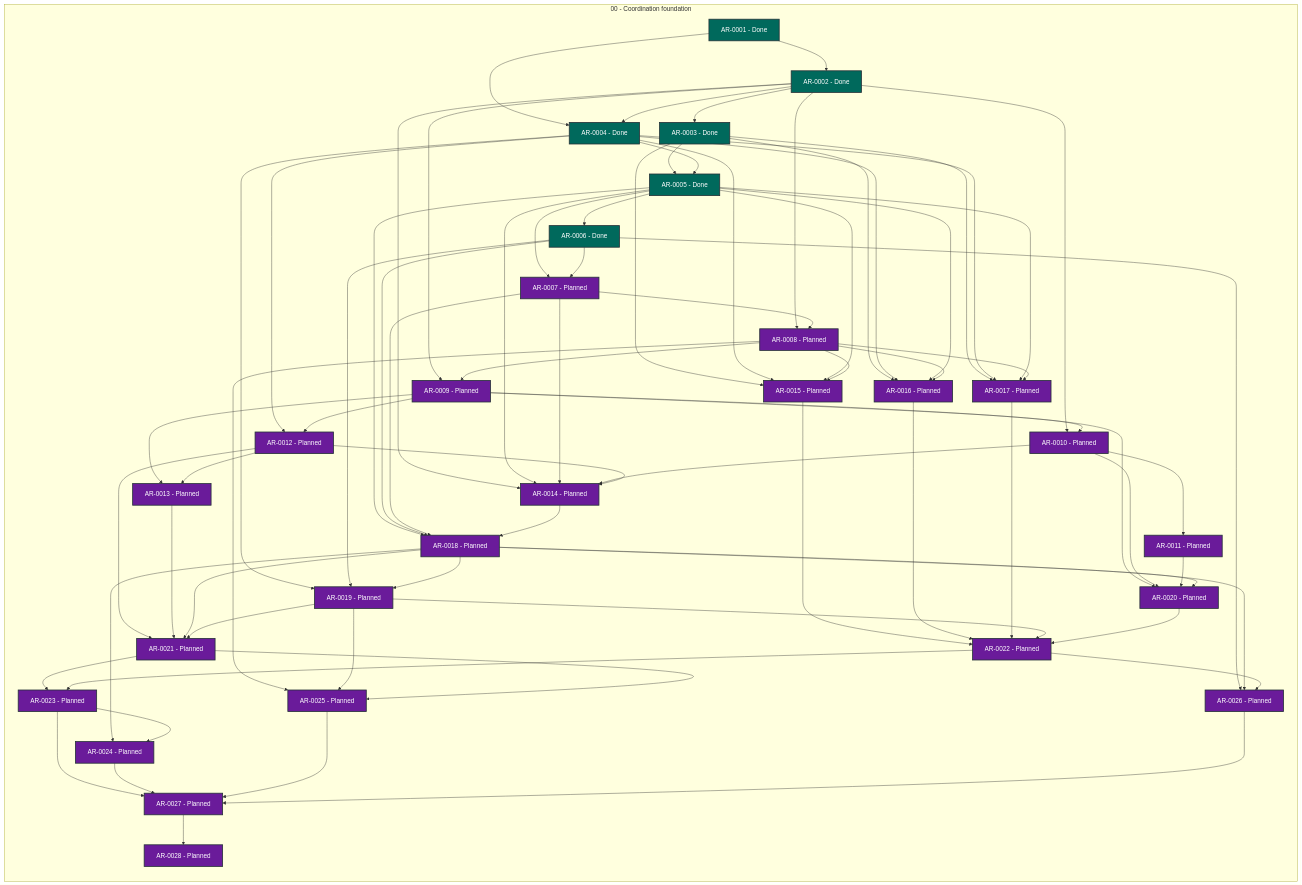
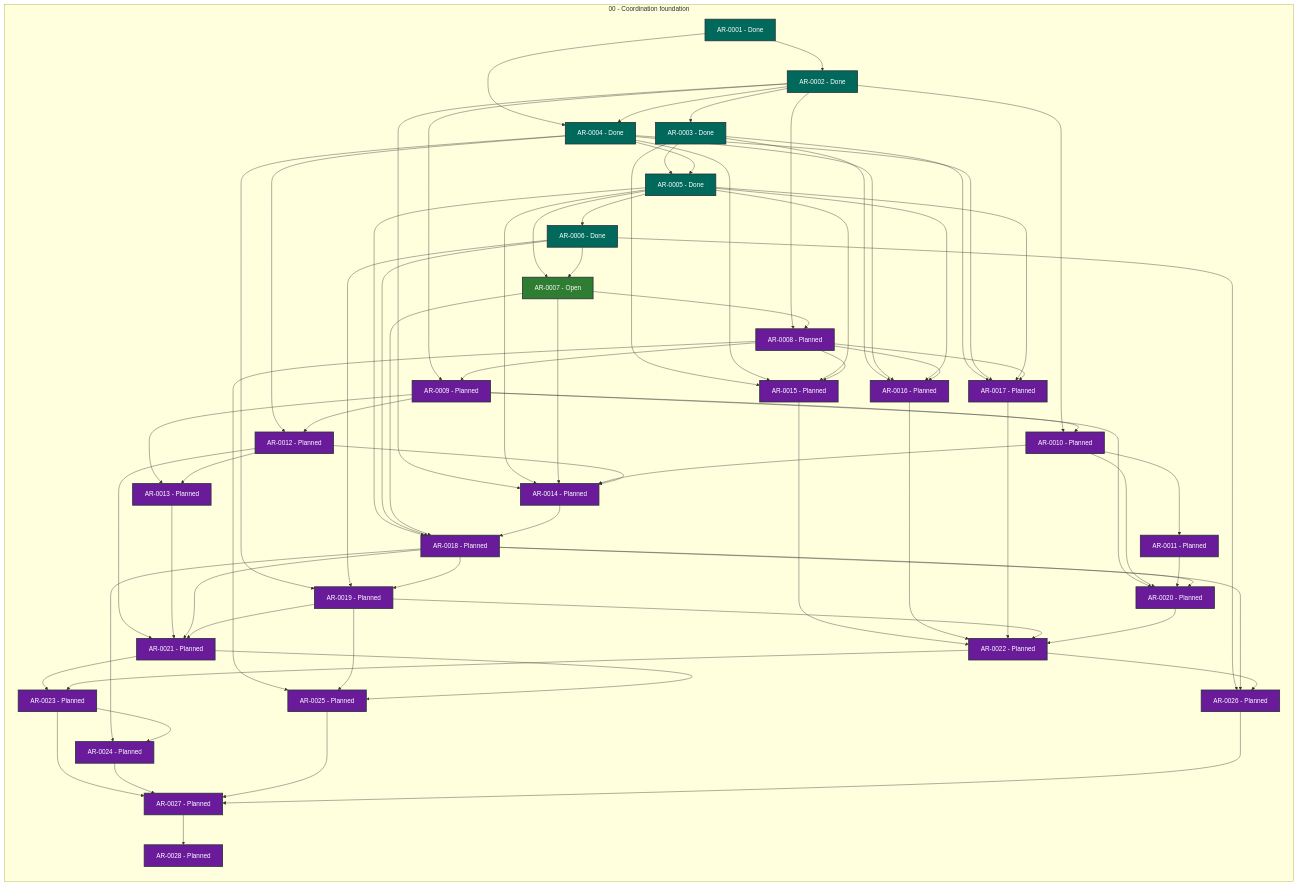
The diagram in STATUS.md (martin-beck/agent-workflow-runtime-state), drawn with Mermaid before and after one commit. The commit also changed other lines of this file and 2 other files, not shown here.

```diff
--- a/STATUS.md
+++ b/STATUS.md
@@ -34,7 +34,7 @@
         AR_0004["AR-0004 - Done"]:::status_done
         AR_0005["AR-0005 - Done"]:::status_done
         AR_0006["AR-0006 - Done"]:::status_done
-        AR_0007["AR-0007 - Planned"]:::status_planned
+        AR_0007["AR-0007 - Open"]:::status_open
         AR_0008["AR-0008 - Planned"]:::status_planned
         AR_0009["AR-0009 - Planned"]:::status_planned
         AR_0010["AR-0010 - Planned"]:::status_planned
```
